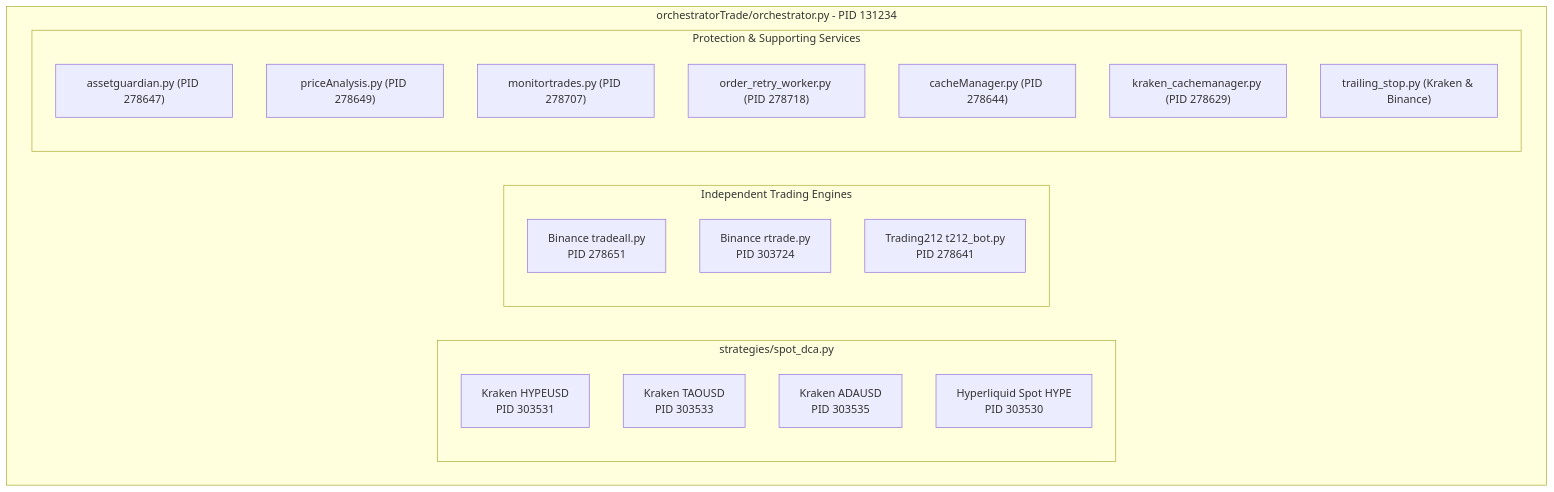
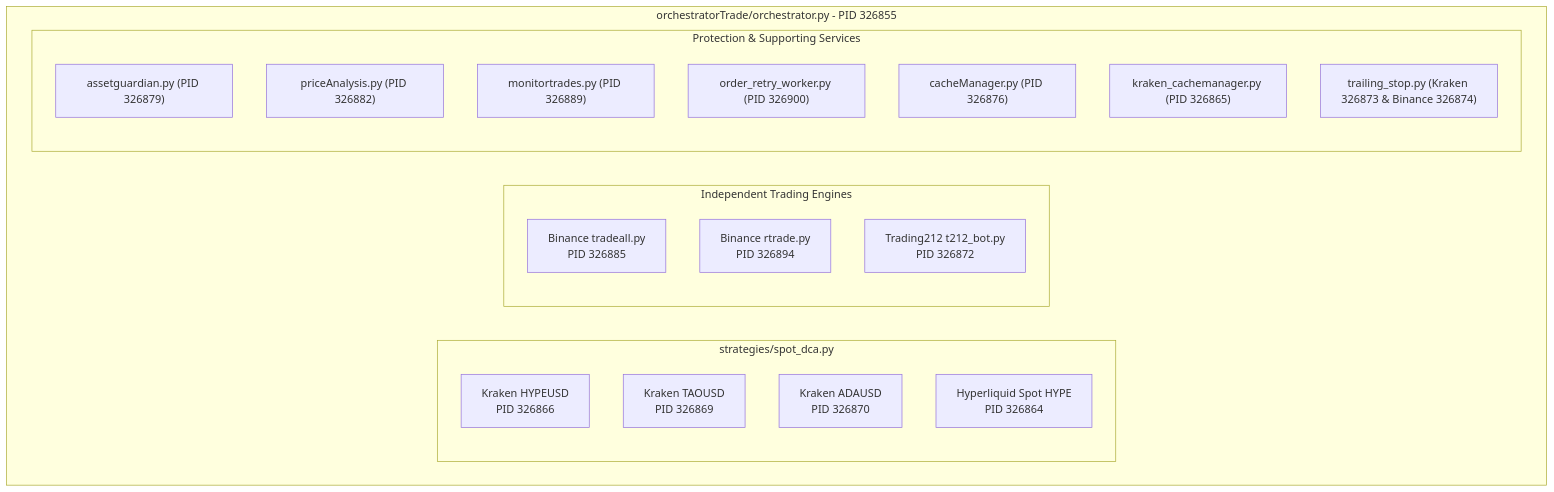
Before and after one commit to mpredut/mptrade: the diagram in docs/PRODUCTION_FLEET_STATUS_REPORT.md, drawn with Mermaid. The commit also changed other lines of this file, not shown here.

````diff
--- a/docs/PRODUCTION_FLEET_STATUS_REPORT.md
+++ b/docs/PRODUCTION_FLEET_STATUS_REPORT.md
@@ -54,27 +65,27 @@
 ```mermaid
 flowchart TD
-    subgraph Orchestrator Daemon [orchestratorTrade/orchestrator.py - PID 131234]
+    subgraph Orchestrator Daemon [orchestratorTrade/orchestrator.py - PID 326855]
         subgraph Shared Engine Bots [strategies/spot_dca.py]
-            K1["Kraken HYPEUSD<br/>PID 303531"]
-            K2["Kraken TAOUSD<br/>PID 303533"]
-            K3["Kraken ADAUSD<br/>PID 303535"]
-            HL1["Hyperliquid Spot HYPE<br/>PID 303530"]
+            K1["Kraken HYPEUSD<br/>PID 326866"]
+            K2["Kraken TAOUSD<br/>PID 326869"]
+            K3["Kraken ADAUSD<br/>PID 326870"]
+            HL1["Hyperliquid Spot HYPE<br/>PID 326864"]
         end
 
         subgraph Independent Trading Engines
-            B1["Binance tradeall.py<br/>PID 278651"]
-            B2["Binance rtrade.py<br/>PID 303724"]
-            T1["Trading212 t212_bot.py<br/>PID 278641"]
+            B1["Binance tradeall.py<br/>PID 326885"]
+            B2["Binance rtrade.py<br/>PID 326894"]
+            T1["Trading212 t212_bot.py<br/>PID 326872"]
         end
 
         subgraph Protection & Supporting Services
-            S1["assetguardian.py (PID 278647)"]
-            S2["priceAnalysis.py (PID 278649)"]
-            S3["monitortrades.py (PID 278707)"]
-            S4["order_retry_worker.py (PID 278718)"]
-            S5["cacheManager.py (PID 278644)"]
-            S6["kraken_cachemanager.py (PID 278629)"]
-            S7["trailing_stop.py (Kraken & Binance)"]
+            S1["assetguardian.py (PID 326879)"]
+            S2["priceAnalysis.py (PID 326882)"]
+            S3["monitortrades.py (PID 326889)"]
+            S4["order_retry_worker.py (PID 326900)"]
+            S5["cacheManager.py (PID 326876)"]
+            S6["kraken_cachemanager.py (PID 326865)"]
+            S7["trailing_stop.py (Kraken 326873 & Binance 326874)"]
         end
     end
 ```
````
